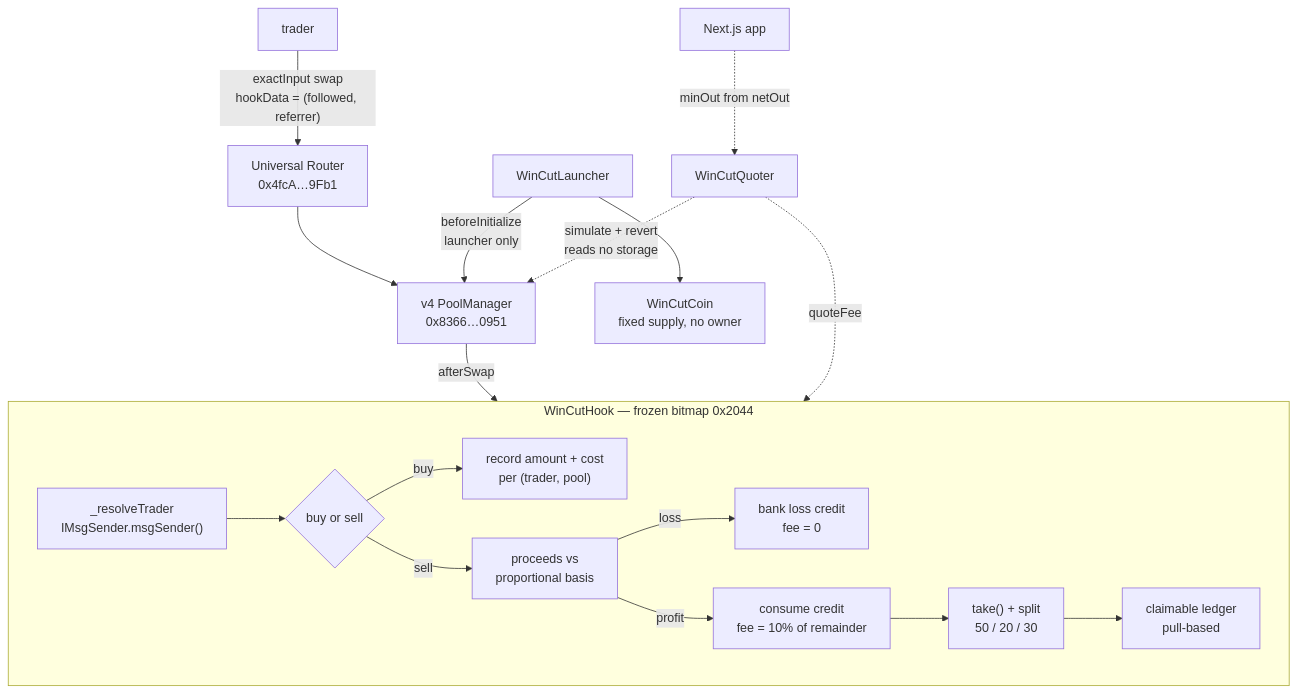
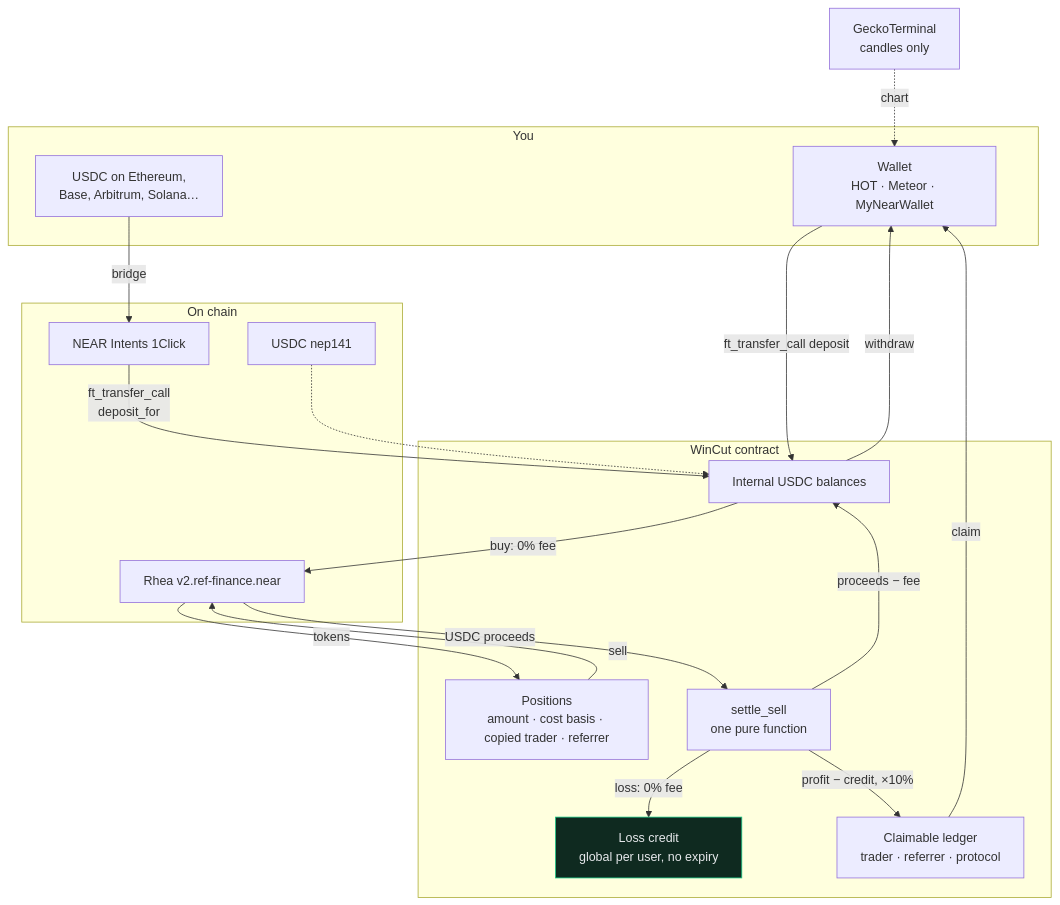
One commit to Mansi2007275/WinCut changed the diagram in README.md. Above: the diagram before and after it, drawn with Mermaid. The commit also changed other lines of this file and 5 other files, not shown here.

````diff
--- a/README.md
+++ b/README.md
@@ -57,22 +71,41 @@
 ```mermaid
-flowchart TD
-    T["trader"] -->|"exactInput swap<br/>hookData = (followed, referrer)"| UR["Universal Router<br/>0x4fcA…9Fb1"]
-    UR --> PM["v4 PoolManager<br/>0x8366…0951"]
-    PM -->|afterSwap| H
-
-    subgraph H["WinCutHook — frozen bitmap 0x2044"]
-        R["_resolveTrader<br/>IMsgSender.msgSender()"] --> B{buy or sell}
-        B -->|buy| REC["record amount + cost<br/>per (trader, pool)"]
-        B -->|sell| P["proceeds vs<br/>proportional basis"]
-        P -->|loss| C["bank loss credit<br/>fee = 0"]
-        P -->|profit| F["consume credit<br/>fee = 10% of remainder"]
-        F --> S["take() + split<br/>50 / 20 / 30"]
-        S --> CL["claimable ledger<br/>pull-based"]
+flowchart TB
+    subgraph user["You"]
+      W["Wallet<br/>HOT · Meteor · MyNearWallet"]
+      X["USDC on Ethereum,<br/>Base, Arbitrum, Solana…"]
     end
 
-    L["WinCutLauncher"] -->|"beforeInitialize<br/>launcher only"| PM
-    L --> COIN["WinCutCoin<br/>fixed supply, no owner"]
-    Q["WinCutQuoter"] -.->|"simulate + revert<br/>reads no storage"| PM
-    Q -.->|quoteFee| H
-    UI["Next.js app"] -.->|"minOut from netOut"| Q
+    subgraph wincut["WinCut contract"]
+      B["Internal USDC balances"]
+      P["Positions<br/>amount · cost basis · copied trader · referrer"]
+      C["Loss credit<br/>global per user, no expiry"]
+      L["Claimable ledger<br/>trader · referrer · protocol"]
+      S["settle_sell<br/>one pure function"]
+    end
+
+    subgraph ext["On chain"]
+      R["Rhea v2.ref-finance.near"]
+      I["NEAR Intents 1Click"]
+      U["USDC nep141"]
+    end
+
+    G["GeckoTerminal<br/>candles only"]
+
+    X -->|"bridge"| I
+    I -->|"ft_transfer_call<br/>deposit_for"| B
+    W -->|"ft_transfer_call deposit"| B
+    B -->|"buy: 0% fee"| R
+    R -->|"tokens"| P
+    P -->|"sell"| R
+    R -->|"USDC proceeds"| S
+    S -->|"loss: 0% fee"| C
+    S -->|"profit − credit, ×10%"| L
+    S -->|"proceeds − fee"| B
+    B -->|"withdraw"| W
+    L -->|"claim"| W
+    G -.->|"chart"| W
+    U -.-> B
+
+    classDef free fill:#0f2a20,stroke:#16c784,color:#e6e8eb
+    class C free
 ```
````
